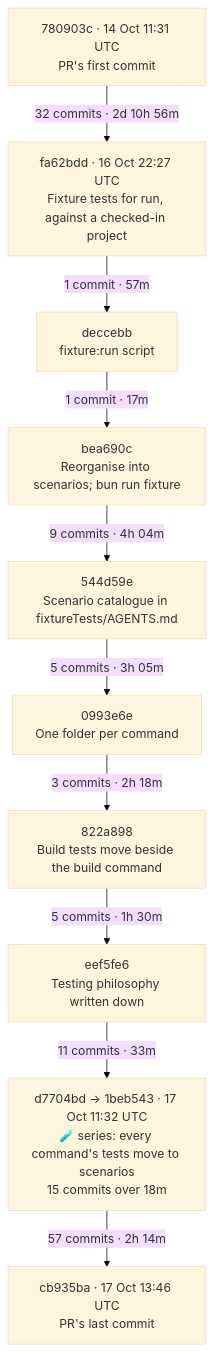
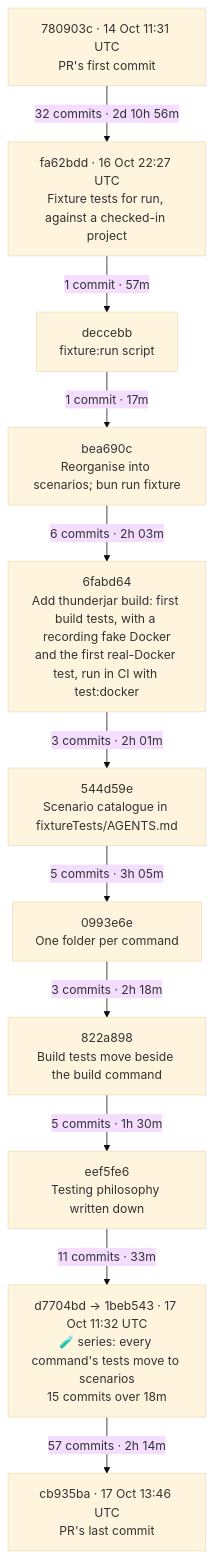
The diagram in project-md/research/fixture-test-patterns.md (dwjohnston/thunderjar), drawn with Mermaid (base theme) before and after one commit.

Commit message:
🤖 Copilot: Add the build command commit to the fixture pattern timeline
Session ID: d3a8cf20-2565-4bc0-8e46-ebf0aa22dc41
Copilot SDK in VS Code

````diff
--- a/project-md/research/fixture-test-patterns.md
+++ b/project-md/research/fixture-test-patterns.md
@@ -19,13 +19,14 @@
 ```mermaid
 flowchart TD
     S["780903c · 14 Oct 11:31 UTC<br/>PR's first commit"] -->|"32 commits · 2d 10h 56m"| A
     A["fa62bdd · 16 Oct 22:27 UTC<br/>Fixture tests for run, against a checked-in project"] -->|"1 commit · 57m"| B
     B["deccebb<br/>fixture:run script"] -->|"1 commit · 17m"| C
-    C["bea690c<br/>Reorganise into scenarios; bun run fixture"] -->|"9 commits · 4h 04m"| D
+    C["bea690c<br/>Reorganise into scenarios; bun run fixture"] -->|"6 commits · 2h 03m"| C2
+    C2["6fabd64<br/>Add thunderjar build: first build tests, with a recording fake Docker<br/>and the first real-Docker test, run in CI with test:docker"] -->|"3 commits · 2h 01m"| D
     D["544d59e<br/>Scenario catalogue in fixtureTests/AGENTS.md"] -->|"5 commits · 3h 05m"| E1
     E1["0993e6e<br/>One folder per command"] -->|"3 commits · 2h 18m"| E2
     E2["822a898<br/>Build tests move beside the build command"] -->|"5 commits · 1h 30m"| F
     F["eef5fe6<br/>Testing philosophy written down"] -->|"11 commits · 33m"| G
     G["d7704bd → 1beb543 · 17 Oct 11:32 UTC<br/>🧪 series: every command's tests move to scenarios<br/>15 commits over 18m"] -->|"57 commits · 2h 14m"| T
     T["cb935ba · 17 Oct 13:46 UTC<br/>PR's last commit"]
 ```
````
